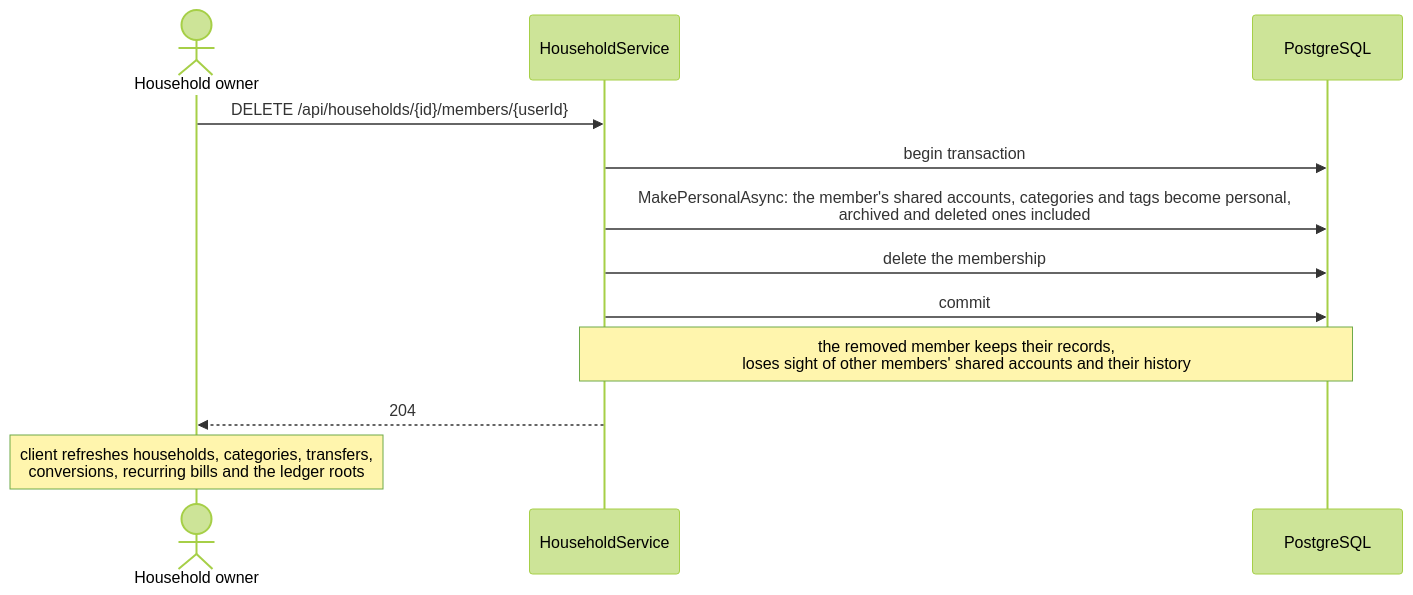
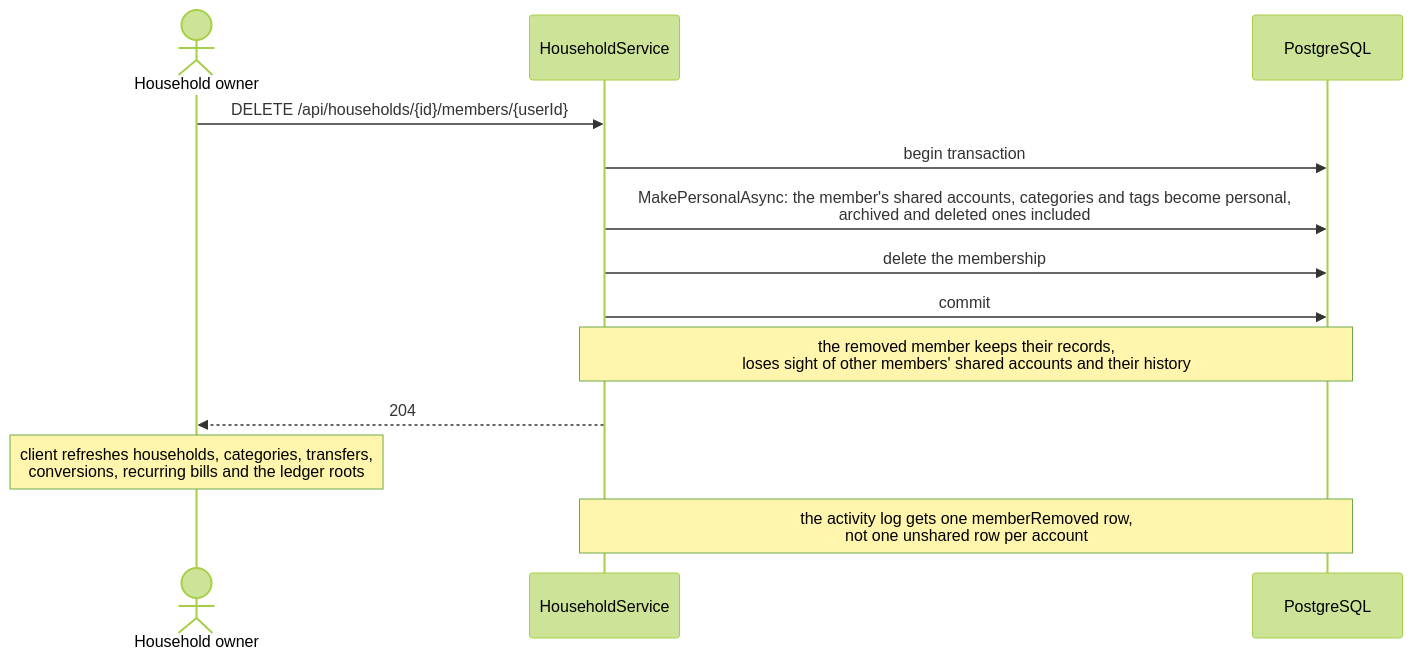
Before and after one commit to Justxs/Jx-Finance: the fourth of 4 diagrams in docs/features/16. Households and sharing.md, drawn with Mermaid (forest theme). The commit also changed other lines of this file and 57 other files, not shown here.

````diff
--- a/docs/features/16. Households and sharing.md
+++ b/docs/features/16. Households and sharing.md
@@ -62,14 +75,15 @@
 ```mermaid
 sequenceDiagram
     actor Owner as Household owner
     participant Api as HouseholdService
     participant Db as PostgreSQL
     Owner->>Api: DELETE /api/households/{id}/members/{userId}
     Api->>Db: begin transaction
     Api->>Db: MakePersonalAsync: the member's shared accounts, categories and tags become personal,<br/>archived and deleted ones included
     Api->>Db: delete the membership
     Api->>Db: commit
     Note over Api,Db: the removed member keeps their records,<br/>loses sight of other members' shared accounts and their history
     Api-->>Owner: 204
     Note over Owner: client refreshes households, categories, transfers,<br/>conversions, recurring bills and the ledger roots
+    Note over Api,Db: the activity log gets one memberRemoved row,<br/>not one unshared row per account
 ```
````
